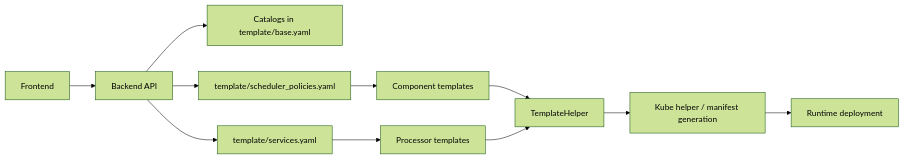
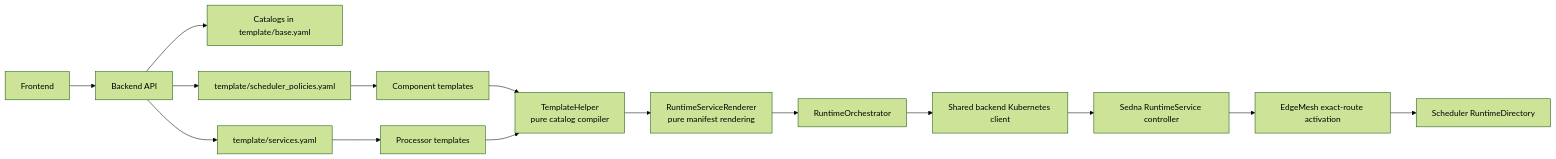
Before and after one commit to dayu-autostreamer/dayu: the second of 4 diagrams in docs/architecture/README.md, drawn with Mermaid (forest theme). The commit also changed other lines of this file and 148 other files, not shown here.

Commit message:
refactor: centralize Kubernetes lifecycle management with immutable RuntimeServices, exact runtime routing, and configurable cloud processor backups

````diff
--- a/docs/architecture/README.md
+++ b/docs/architecture/README.md
@@ -77,13 +95,17 @@
 ```mermaid
 flowchart LR
     FE["Frontend"] --> BE["Backend API"]
     BE --> CAT["Catalogs in template/base.yaml"]
     BE --> POL["template/scheduler_policies.yaml"]
     BE --> SVC["template/services.yaml"]
     POL --> TPL["Component templates"]
     SVC --> PROC["Processor templates"]
-    TPL --> HELPER["TemplateHelper"]
+    TPL --> HELPER["TemplateHelper\npure catalog compiler"]
     PROC --> HELPER
-    HELPER --> KUBE["Kube helper / manifest generation"]
-    KUBE --> CLUSTER["Runtime deployment"]
+    HELPER --> RENDER["RuntimeServiceRenderer\npure manifest rendering"]
+    RENDER --> ORCH["RuntimeOrchestrator"]
+    ORCH --> KUBE["Shared backend Kubernetes client"]
+    KUBE --> SEDNA["Sedna RuntimeService controller"]
+    SEDNA --> MESH["EdgeMesh exact-route activation"]
+    MESH --> DIR["Scheduler RuntimeDirectory"]
 ```
````
